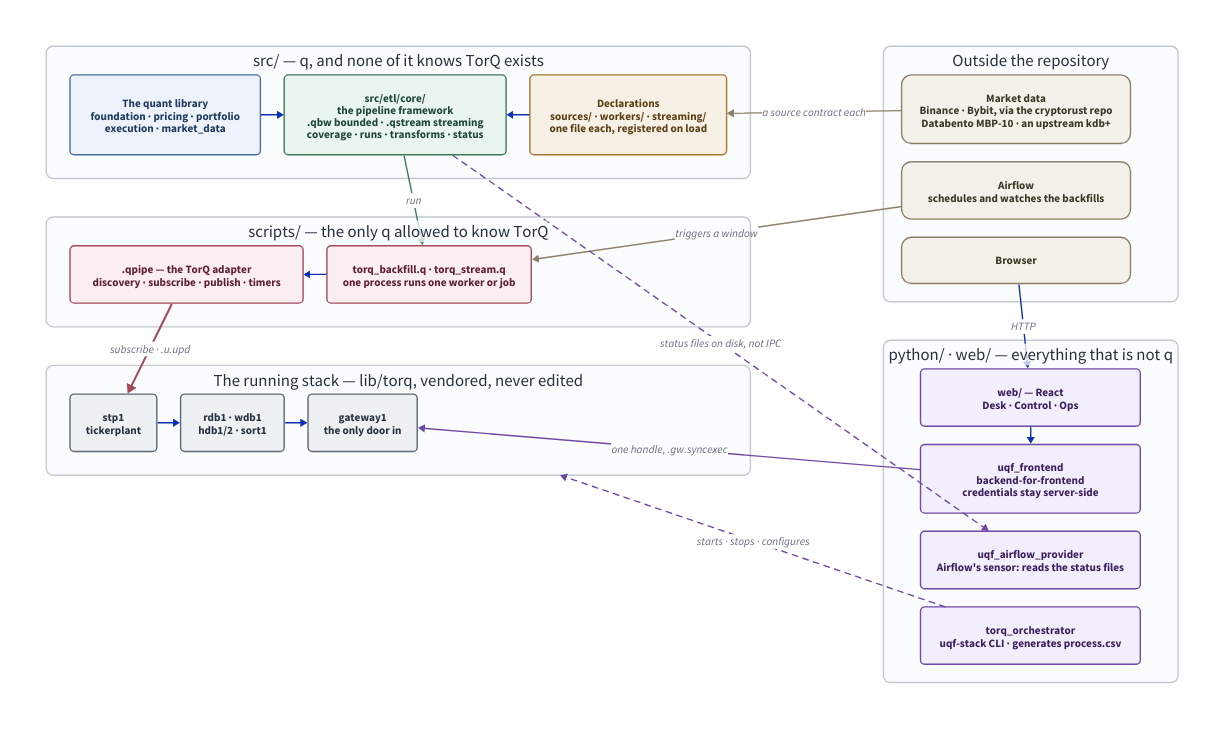
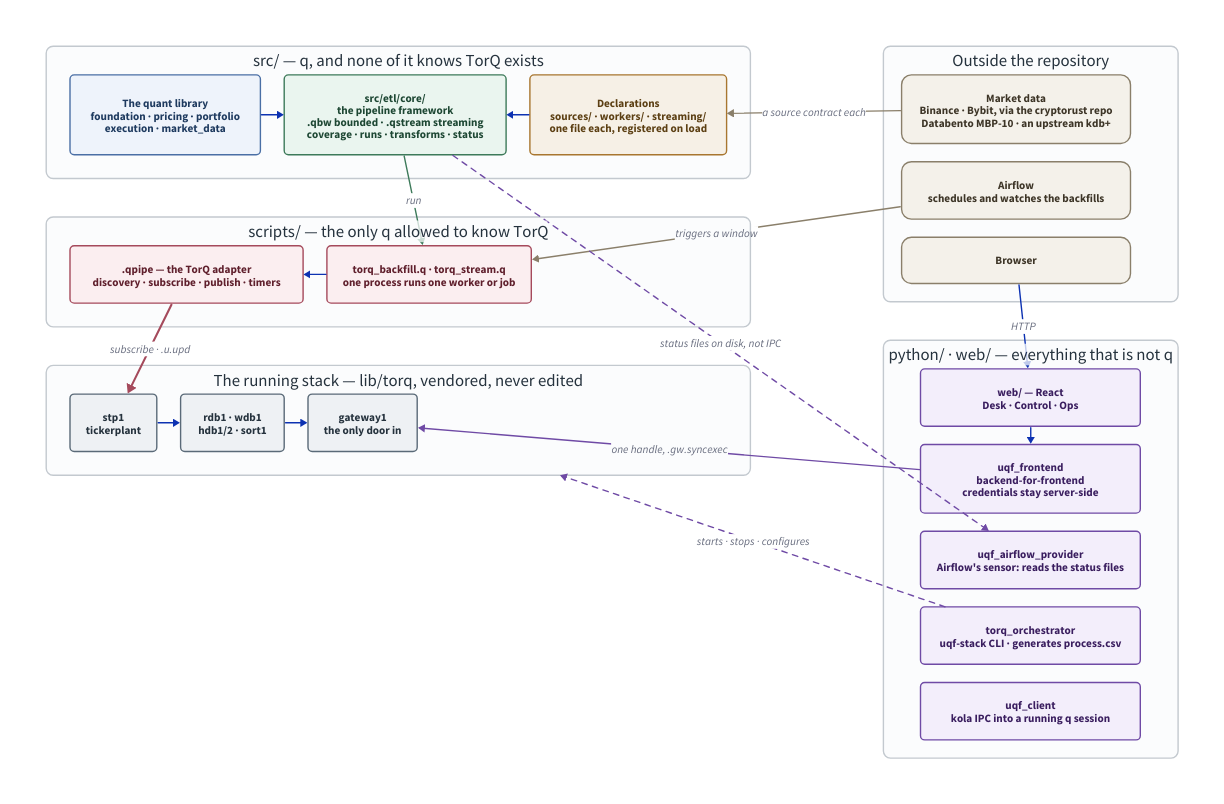
The diagram in docs/diagrams/repo-overview.d2 (kwojdalski/uqf), drawn with D2 before and after one commit. The commit also changed 19 other files, not shown here.

```diff
--- a/docs/diagrams/repo-overview.d2
+++ b/docs/diagrams/repo-overview.d2
@@ -213,6 +213,7 @@
     bff: "uqf_frontend\nbackend-for-frontend\ncredentials stay server-side" { class: py }
     provider: "uqf_airflow_provider\nAirflow's sensor: reads the status files" { class: py }
     orch: "torq_orchestrator\nuqf-stack CLI · generates process.csv" { class: py }
+    client: "uqf_client\nkola IPC into a running q session" { class: py }
   }
 
   outside.browser -> py.web: "HTTP"
```
